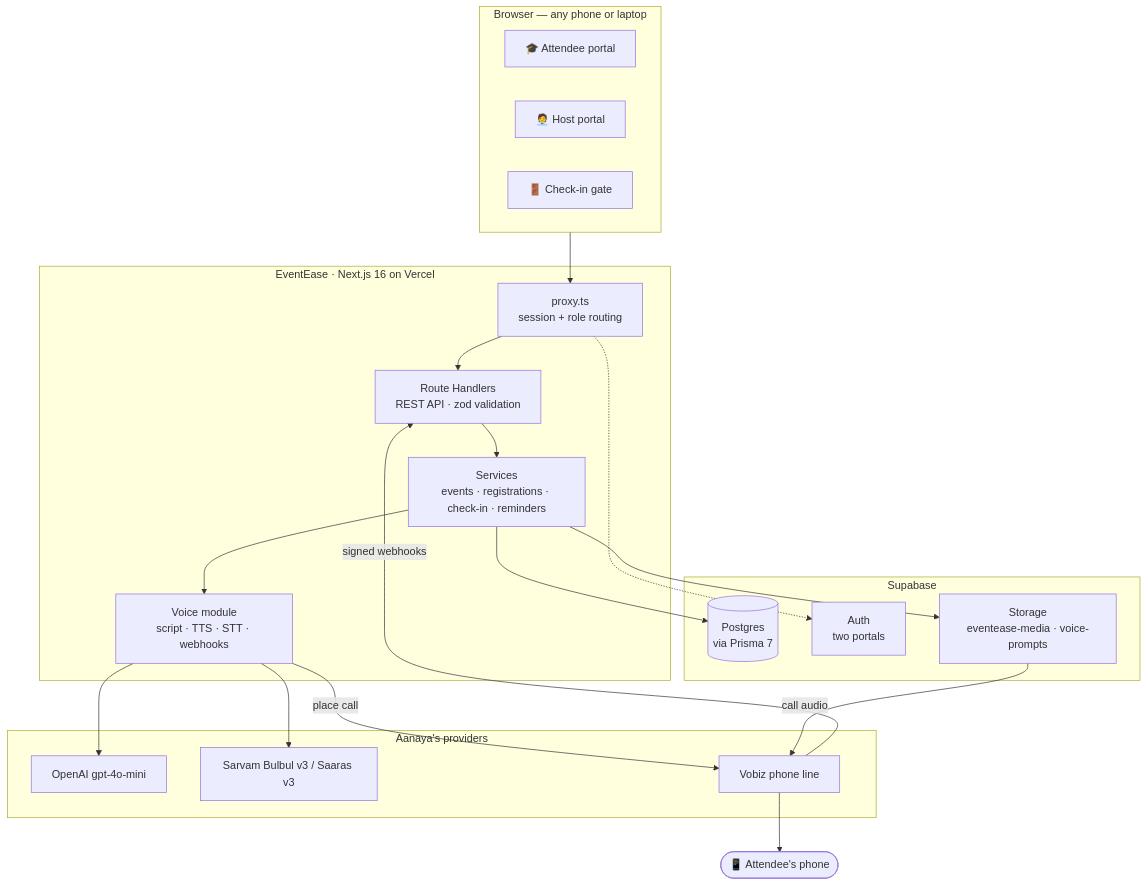
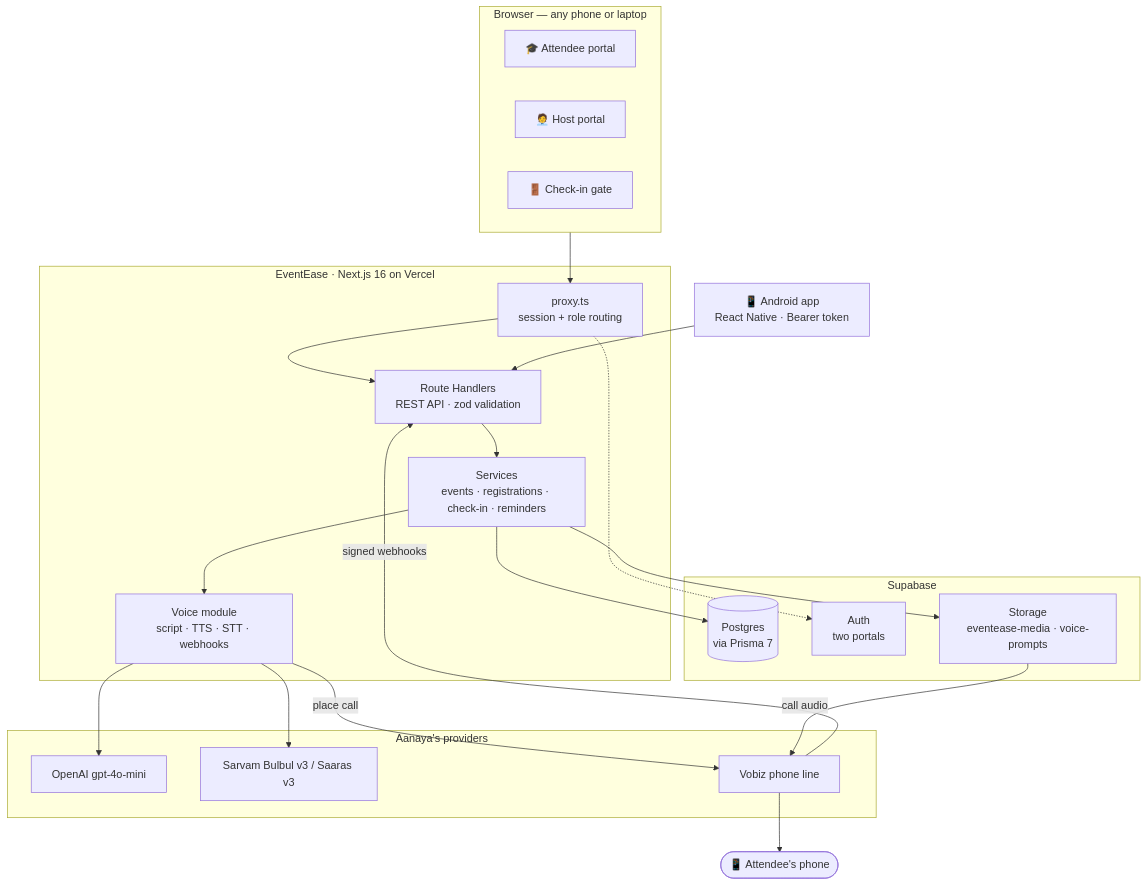
Before and after one commit to Dhruvil1308/EventEase: the third of 10 diagrams in README.md, drawn with Mermaid. The commit also changed other lines of this file and 7 other files, not shown here.

Commit message:
Add the Android app download, screenshots and setup to the README

````diff
--- a/README.md
+++ b/README.md
@@ -185,40 +251,43 @@
 ```mermaid
 flowchart TB
     subgraph CLIENT["Browser — any phone or laptop"]
         P1["🎓 Attendee portal"]
         P2["🧑‍💼 Host portal"]
         P3["🚪 Check-in gate"]
     end
+
+    MOB["📱 Android app<br/>React Native · Bearer token"]
 
     subgraph APP["EventEase · Next.js 16 on Vercel"]
         PX["proxy.ts<br/>session + role routing"]
         RH["Route Handlers<br/>REST API · zod validation"]
         SV["Services<br/>events · registrations · check-in · reminders"]
         VO["Voice module<br/>script · TTS · STT · webhooks"]
     end
 
     subgraph SUPA["Supabase"]
         DB[("Postgres<br/>via Prisma 7")]
         AU["Auth<br/>two portals"]
         ST["Storage<br/>eventease-media · voice-prompts"]
     end
 
     subgraph VOICE["Aanaya's providers"]
         OA["OpenAI gpt-4o-mini"]
         SA["Sarvam Bulbul v3 / Saaras v3"]
         VB["Vobiz phone line"]
     end
 
     PH(["📱 Attendee's phone"])
 
     CLIENT --> PX --> RH --> SV --> DB
+    MOB --> RH
     PX -.-> AU
     SV --> ST
     SV --> VO
     VO --> OA
     VO --> SA
     VO -- "place call" --> VB
     VB -- "signed webhooks" --> RH
     VB --> PH
     ST -- "call audio" --> VB
 ```
````
